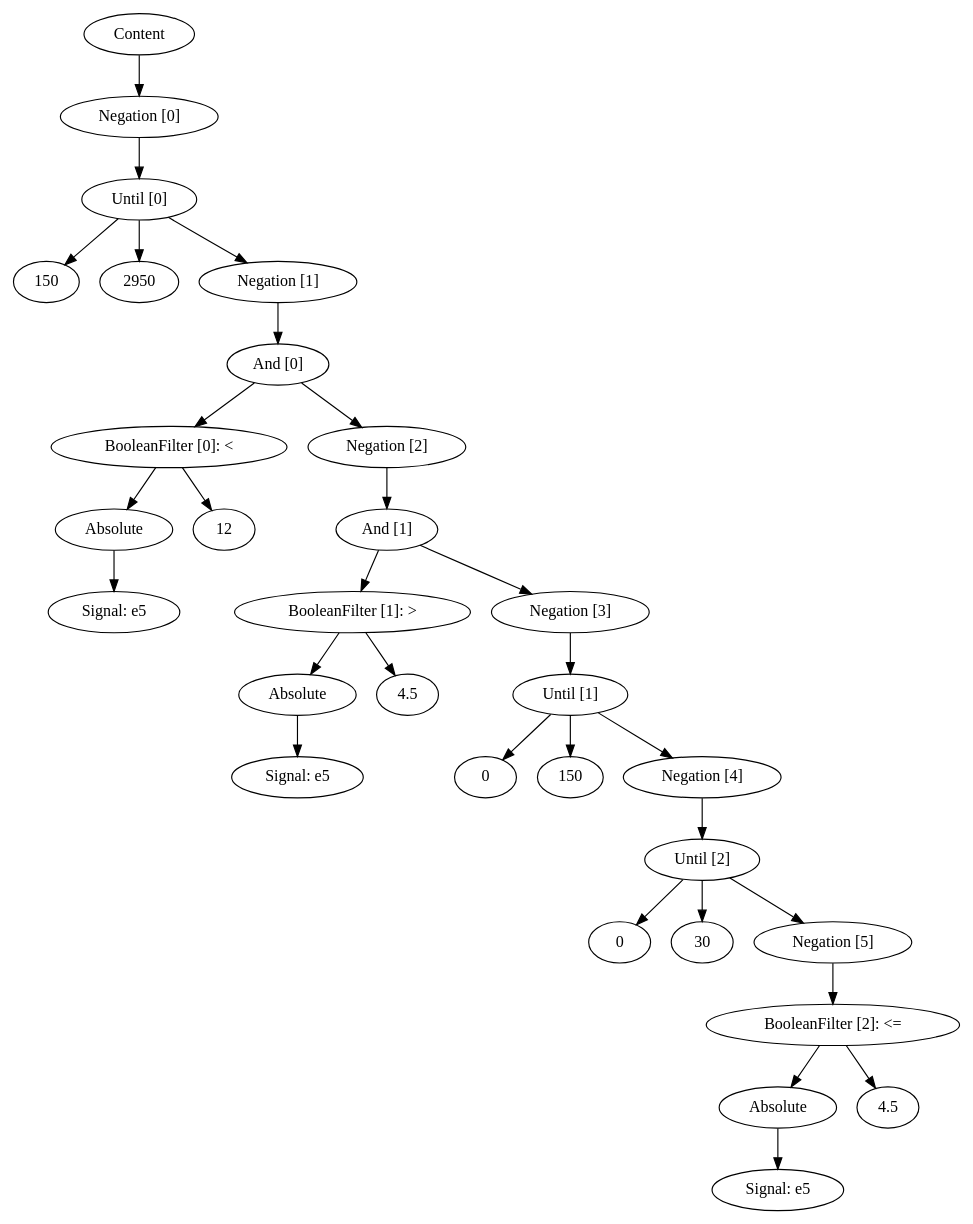
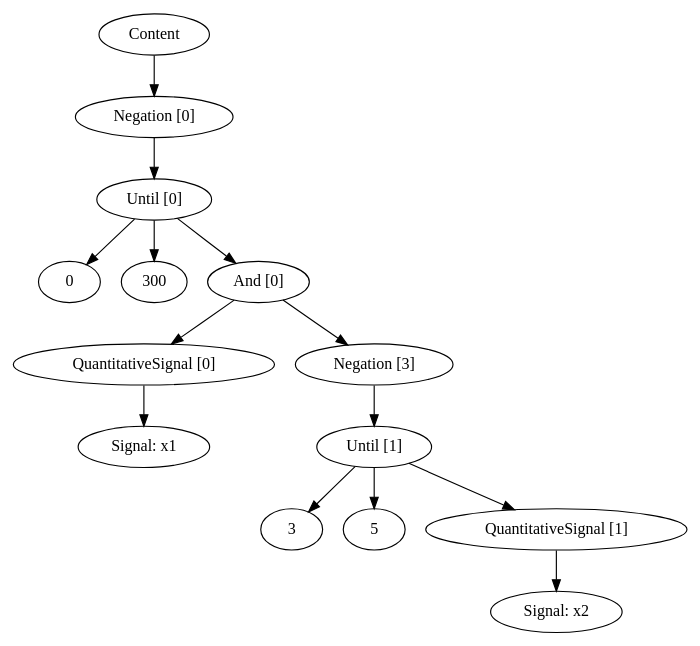
One commit to LaurensVanDamme/STL-monitoring changed the diagram in stlTree.dot. Above: the diagram before and after it, drawn with Graphviz. The commit also changed 6 other files, not shown here.

```diff
--- a/stlTree.dot
+++ b/stlTree.dot
@@ -1,61 +1,29 @@
 digraph stlTree {
 	"Content_0"[label="Content"];
 	"Negation_0"[label="Negation [0]"];
 	"Content_0" -> "Negation_0";
 	"Until_0"[label="Until [0]"];
 	"Negation_0" -> "Until_0";
-	"IntValue_0"[label="150"];
+	"IntValue_0"[label="0"];
 	"Until_0" -> "IntValue_0";
-	"IntValue_1"[label="2950"];
+	"IntValue_1"[label="300"];
 	"Until_0" -> "IntValue_1";
-	"Negation_1"[label="Negation [1]"];
-	"Until_0" -> "Negation_1";
 	"And_0"[label="And [0]"];
-	"Negation_1" -> "And_0";
-	"BooleanFilter_0"[label="BooleanFilter [0]: <"];
-	"And_0" -> "BooleanFilter_0";
-	"Absolute_0"[label="Absolute"];
-	"BooleanFilter_0" -> "Absolute_0";
-	"Signal_0"[label="Signal: e5"];
-	"Absolute_0" -> "Signal_0";
-	"IntValue_2"[label="12"];
-	"BooleanFilter_0" -> "IntValue_2";
-	"Negation_2"[label="Negation [2]"];
-	"And_0" -> "Negation_2";
-	"And_1"[label="And [1]"];
-	"Negation_2" -> "And_1";
-	"BooleanFilter_1"[label="BooleanFilter [1]: >"];
-	"And_1" -> "BooleanFilter_1";
-	"Absolute_1"[label="Absolute"];
-	"BooleanFilter_1" -> "Absolute_1";
-	"Signal_1"[label="Signal: e5"];
-	"Absolute_1" -> "Signal_1";
-	"FloatValue_0"[label="4.5"];
-	"BooleanFilter_1" -> "FloatValue_0";
+	"Until_0" -> "And_0";
+	"QuantitativeSignal_0"[label="QuantitativeSignal [0]"];
+	"And_0" -> "QuantitativeSignal_0";
+	"Signal_0"[label="Signal: x1"];
+	"QuantitativeSignal_0" -> "Signal_0";
 	"Negation_3"[label="Negation [3]"];
-	"And_1" -> "Negation_3";
+	"And_0" -> "Negation_3";
 	"Until_1"[label="Until [1]"];
 	"Negation_3" -> "Until_1";
-	"IntValue_3"[label="0"];
+	"IntValue_2"[label="3"];
+	"Until_1" -> "IntValue_2";
+	"IntValue_3"[label="5"];
 	"Until_1" -> "IntValue_3";
-	"IntValue_4"[label="150"];
-	"Until_1" -> "IntValue_4";
-	"Negation_4"[label="Negation [4]"];
-	"Until_1" -> "Negation_4";
-	"Until_2"[label="Until [2]"];
-	"Negation_4" -> "Until_2";
-	"IntValue_5"[label="0"];
-	"Until_2" -> "IntValue_5";
-	"IntValue_6"[label="30"];
-	"Until_2" -> "IntValue_6";
-	"Negation_5"[label="Negation [5]"];
-	"Until_2" -> "Negation_5";
-	"BooleanFilter_2"[label="BooleanFilter [2]: <="];
-	"Negation_5" -> "BooleanFilter_2";
-	"Absolute_2"[label="Absolute"];
-	"BooleanFilter_2" -> "Absolute_2";
-	"Signal_2"[label="Signal: e5"];
-	"Absolute_2" -> "Signal_2";
-	"FloatValue_1"[label="4.5"];
-	"BooleanFilter_2" -> "FloatValue_1";
+	"QuantitativeSignal_1"[label="QuantitativeSignal [1]"];
+	"Until_1" -> "QuantitativeSignal_1";
+	"Signal_1"[label="Signal: x2"];
+	"QuantitativeSignal_1" -> "Signal_1";
 }
```
